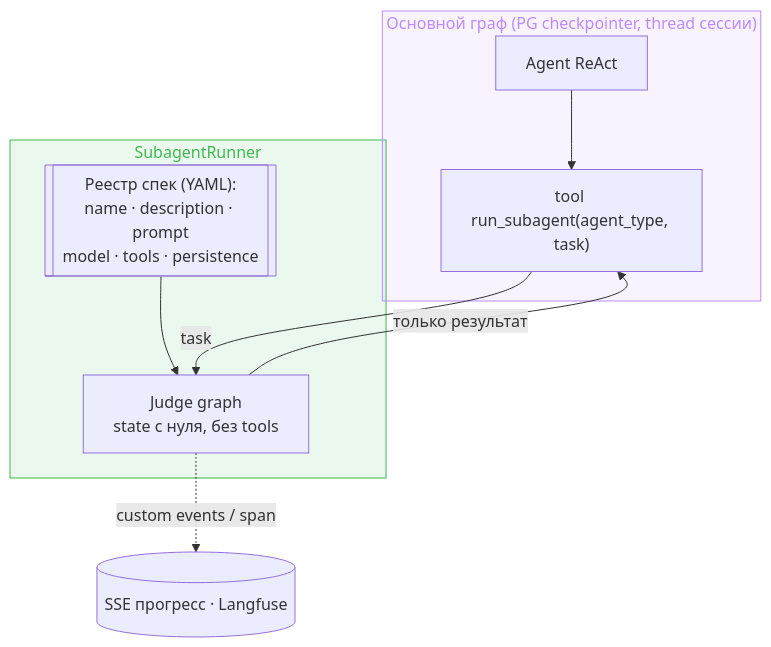
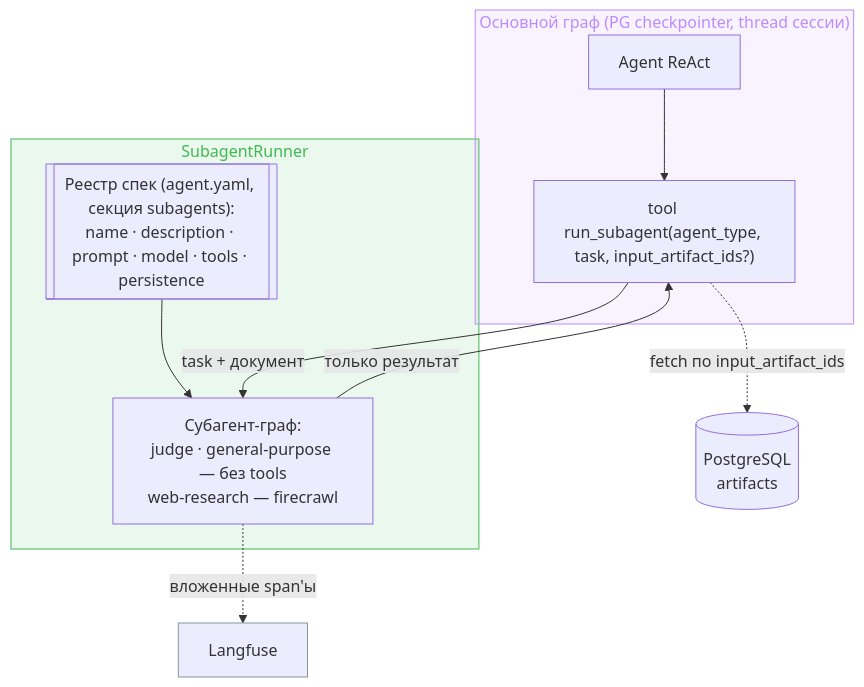
One commit to Bbar0n234/learnflow-ai changed the first of 5 diagrams in doc/tasks/iterations/post-mvp/feat-011-subagents-v1/design-brief.md. Above: the diagram before and after it, drawn with Mermaid. The commit also changed other lines of this file and 1 other file, not shown here.

First line of the commit message:
docs(tasks): финализация design-brief feat-011 — типы, вход по референсам, tools-механика

````diff
--- a/doc/tasks/iterations/post-mvp/feat-011-subagents-v1/design-brief.md
+++ b/doc/tasks/iterations/post-mvp/feat-011-subagents-v1/design-brief.md
@@ -15,21 +15,24 @@
 ```mermaid
 flowchart TB
     subgraph MAIN["Основной граф (PG checkpointer, thread сессии)"]
         AG[Agent ReAct]
-        RS["tool run_subagent(agent_type, task)"]
+        RS["tool run_subagent(agent_type, task, input_artifact_ids?)"]
         AG --> RS
     end
 
     subgraph SUB["SubagentRunner"]
-        REG[["Реестр спек (YAML):<br/>name · description · prompt<br/>model · tools · persistence"]]
-        JG[Judge graph<br/>state с нуля, без tools]
-        REG --> JG
-        RS -->|"task"| JG
-        JG -->|"только результат"| RS
+        REG[["Реестр спек (agent.yaml, секция subagents):<br/>name · description · prompt · model · tools · persistence"]]
+        SG["Субагент-граф:<br/>judge · general-purpose — без tools<br/>web-research — firecrawl"]
+        REG --> SG
+        RS -->|"task + документ"| SG
+        SG -->|"только результат"| RS
     end
 
-    JG -.->|"custom events / span"| OBS[(SSE прогресс · Langfuse)]
+    ART[("PostgreSQL<br/>artifacts")]
+    RS -.->|"fetch по input_artifact_ids"| ART
+    SG -.->|"вложенные span'ы"| OBS["Langfuse"]
 
     style MAIN fill:#bc8cff1a,stroke:#bc8cff,color:#bc8cff
     style SUB fill:#3fb9501a,stroke:#3fb950,color:#3fb950
+    style OBS stroke:#8b949e
 ```
````
